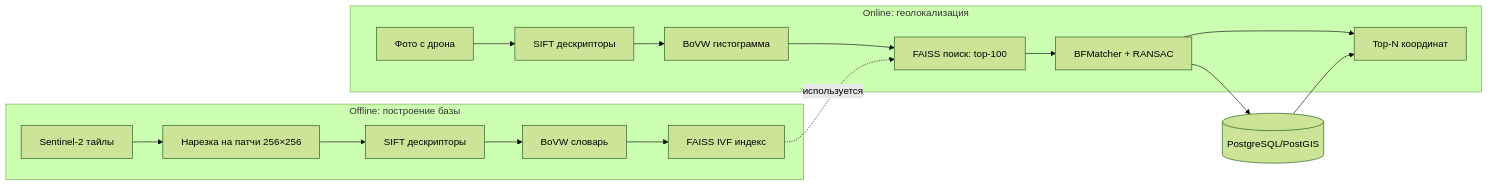
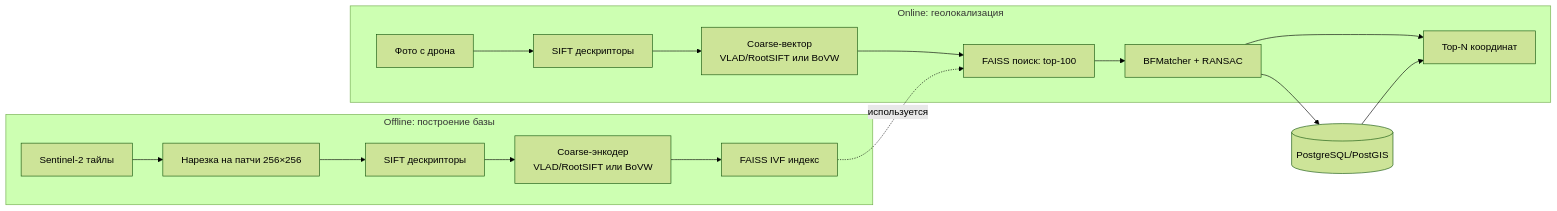
One commit to egorus1442/search-geo changed the first of 2 diagrams in README.md. Above: the diagram before and after it, drawn with Mermaid (forest theme). The commit also changed other lines of this file and 15 other files, not shown here.

````diff
--- a/README.md
+++ b/README.md
@@ -15,21 +17,21 @@
 ```mermaid
 flowchart LR
     subgraph offline["Offline: построение базы"]
         S2[Sentinel-2 тайлы] --> Cut[Нарезка на патчи 256×256]
         Cut --> Feat1[SIFT дескрипторы]
-        Feat1 --> Vocab[BoVW словарь]
+        Feat1 --> Vocab[Coarse-энкодер<br/>VLAD/RootSIFT или BoVW]
         Vocab --> Idx[FAISS IVF индекс]
     end
 
     subgraph online["Online: геолокализация"]
         Photo[Фото с дрона] --> Feat2[SIFT дескрипторы]
-        Feat2 --> BoVW2[BoVW гистограмма]
+        Feat2 --> BoVW2[Coarse-вектор<br/>VLAD/RootSIFT или BoVW]
         BoVW2 --> Search[FAISS поиск: top-100]
         Search --> Match[BFMatcher + RANSAC]
         Match --> Result[Top-N координат]
     end
 
     Idx -.используется.-> Search
     Match --> DB[(PostgreSQL/PostGIS)]
     DB --> Result
 ```
````
